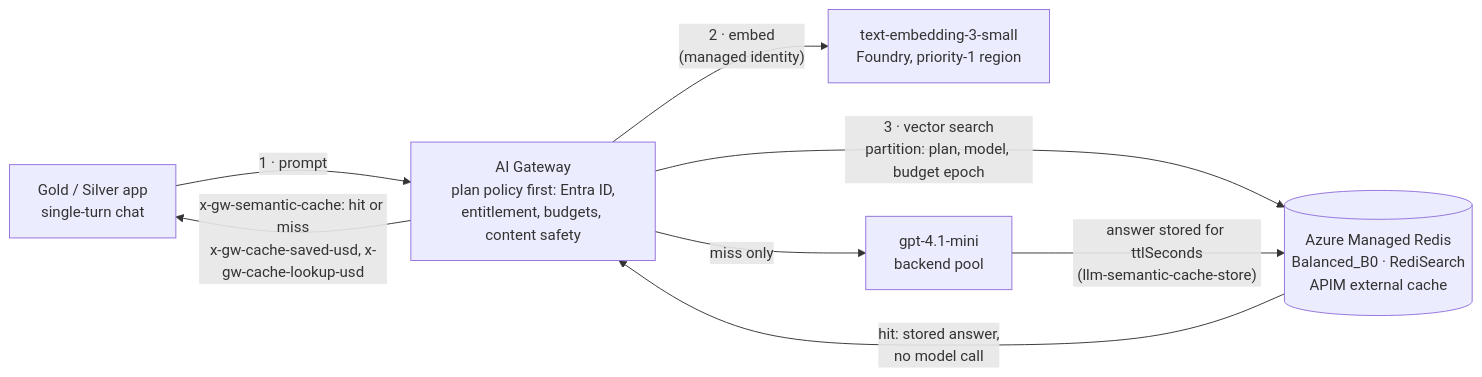
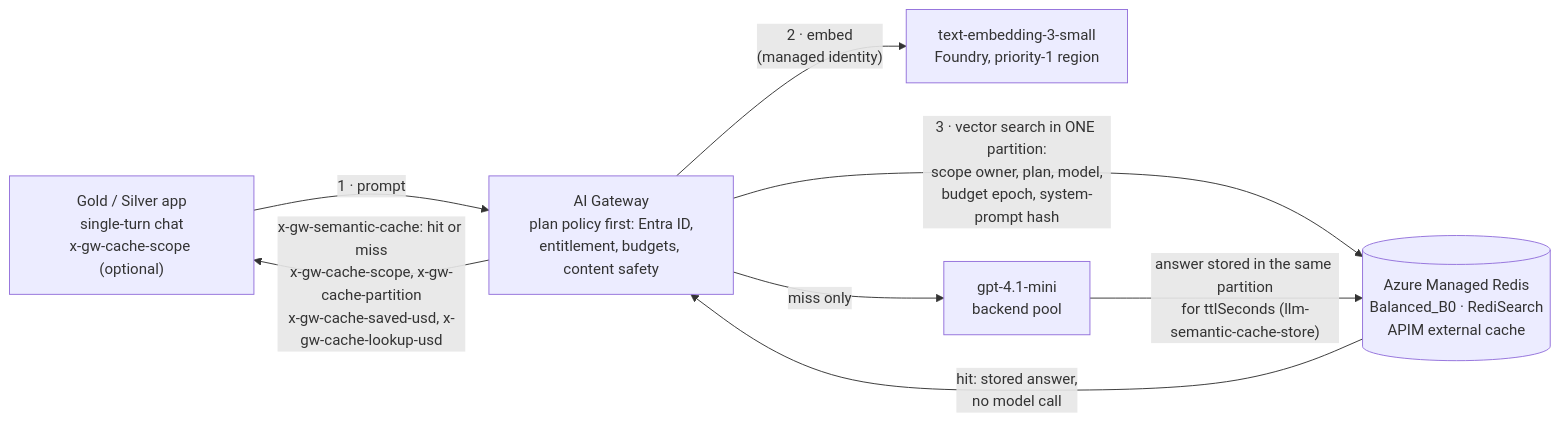
The second of 2 diagrams in labs/ai-gateway-sandbox/README.md (JinLee794/AI-Gateway-Sandbox), drawn with Mermaid before and after one commit. The commit also changed other lines of this file, not shown here.

````diff
--- a/labs/ai-gateway-sandbox/README.md
+++ b/labs/ai-gateway-sandbox/README.md
@@ -253,10 +253,10 @@
 ```mermaid
 flowchart LR
-    C["Gold / Silver app<br/>single-turn chat"] -->|"1 · prompt"| GW["AI Gateway<br/>plan policy first: Entra ID,<br/>entitlement, budgets, content safety"]
+    C["Gold / Silver app<br/>single-turn chat<br/>x-gw-cache-scope (optional)"] -->|"1 · prompt"| GW["AI Gateway<br/>plan policy first: Entra ID,<br/>entitlement, budgets, content safety"]
     GW -->|"2 · embed<br/>(managed identity)"| E["text-embedding-3-small<br/>Foundry, priority-1 region"]
-    GW -->|"3 · vector search<br/>partition: plan, model, budget epoch"| R[("Azure Managed Redis<br/>Balanced_B0 · RediSearch<br/>APIM external cache")]
+    GW -->|"3 · vector search in ONE partition:<br/>scope owner, plan, model,<br/>budget epoch, system-prompt hash"| R[("Azure Managed Redis<br/>Balanced_B0 · RediSearch<br/>APIM external cache")]
     R -->|"hit: stored answer,<br/>no model call"| GW
     GW -->|"miss only"| M["gpt-4.1-mini<br/>backend pool"]
-    M -->|"answer stored for ttlSeconds<br/>(llm-semantic-cache-store)"| R
-    GW -->|"x-gw-semantic-cache: hit or miss<br/>x-gw-cache-saved-usd, x-gw-cache-lookup-usd"| C
+    M -->|"answer stored in the same partition<br/>for ttlSeconds (llm-semantic-cache-store)"| R
+    GW -->|"x-gw-semantic-cache: hit or miss<br/>x-gw-cache-scope, x-gw-cache-partition<br/>x-gw-cache-saved-usd, x-gw-cache-lookup-usd"| C
 ```
````
